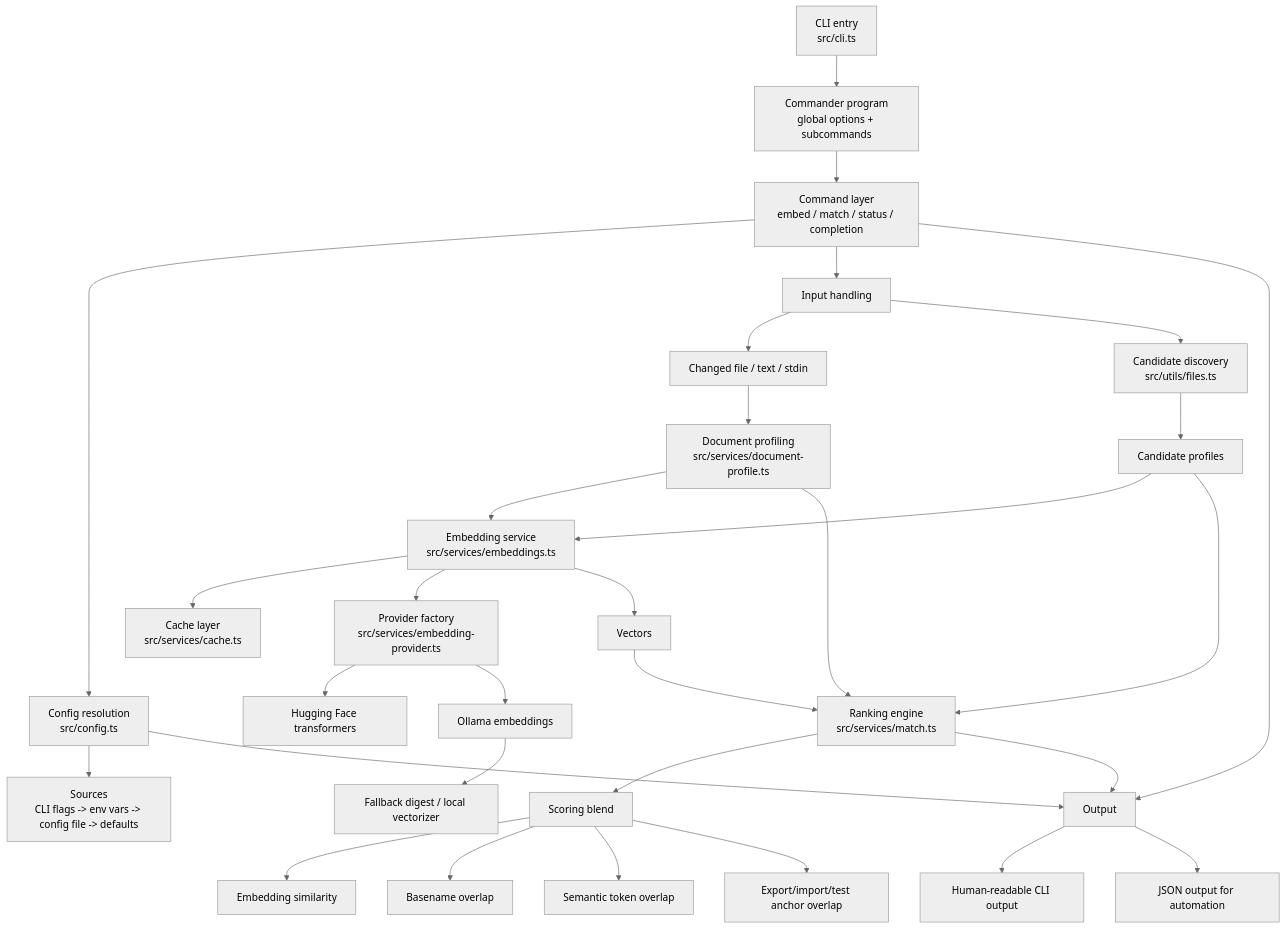
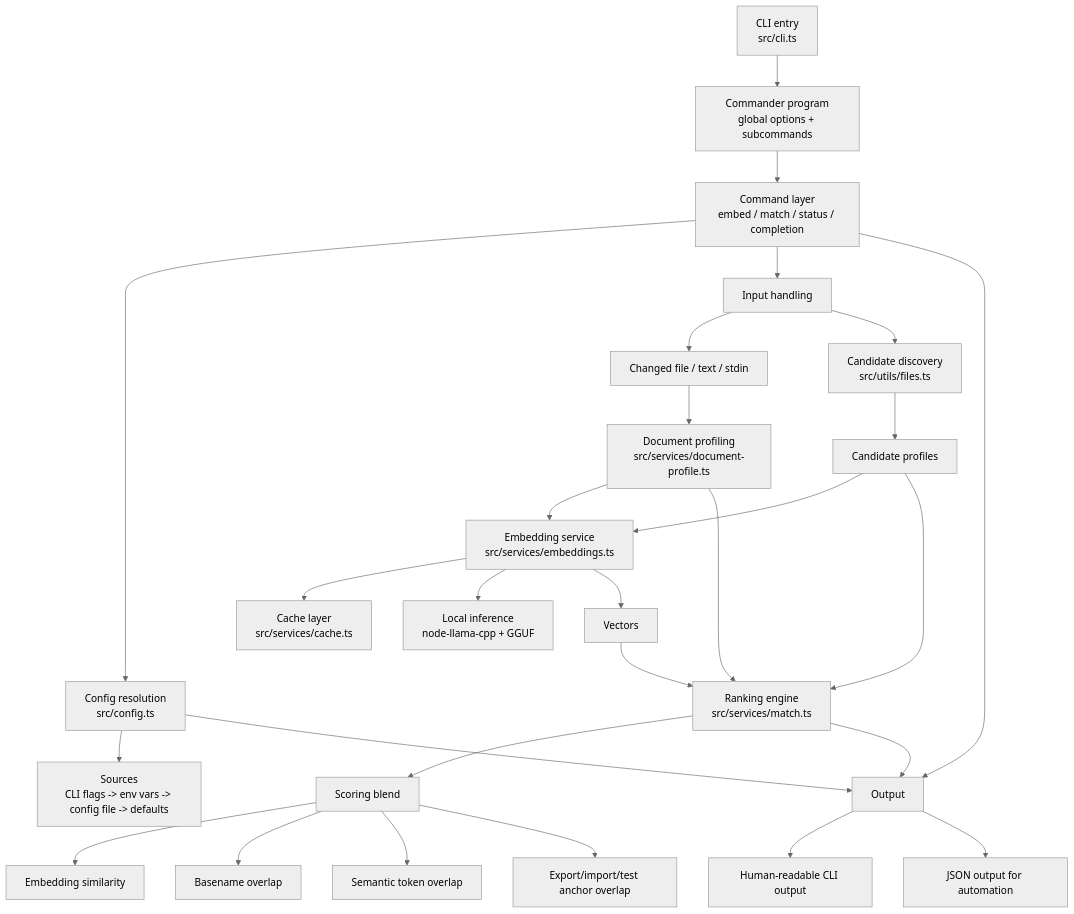
Before and after one commit to JustasMonkev/semantic-test-matcher: the diagram in README.md, drawn with Mermaid (neutral theme). The commit also changed other lines of this file and 18 other files, not shown here.

Commit message:
replace embeddings with node-llama-cpp

````diff
--- a/README.md
+++ b/README.md
@@ -24,41 +24,38 @@
 ```mermaid
 flowchart TD
     A["CLI entry<br/>src/cli.ts"] --> B["Commander program<br/>global options + subcommands"]
     B --> C["Command layer<br/>embed / match / status / completion"]
 
     C --> D["Config resolution<br/>src/config.ts"]
     D --> D1["Sources<br/>CLI flags -> env vars -> config file -> defaults"]
 
     C --> E["Input handling"]
     E --> E1["Changed file / text / stdin"]
     E --> E2["Candidate discovery<br/>src/utils/files.ts"]
 
     E1 --> F["Document profiling<br/>src/services/document-profile.ts"]
     E2 --> F2["Candidate profiles"]
 
     F --> G["Embedding service<br/>src/services/embeddings.ts"]
     F2 --> G
 
     G --> H["Cache layer<br/>src/services/cache.ts"]
-    G --> I["Provider factory<br/>src/services/embedding-provider.ts"]
-    I --> I1["Hugging Face transformers"]
-    I --> I2["Ollama embeddings"]
-    I2 --> I3["Fallback digest / local vectorizer"]
+    G --> I["Local inference<br/>node-llama-cpp + GGUF"]
 
     G --> J["Vectors"]
     J --> K["Ranking engine<br/>src/services/match.ts"]
     F --> K
     F2 --> K
 
     K --> L["Scoring blend"]
     L --> L1["Embedding similarity"]
     L --> L2["Basename overlap"]
     L --> L3["Semantic token overlap"]
     L --> L4["Export/import/test anchor overlap"]
 
     C --> M["Output"]
     K --> M
     D --> M
     M --> M1["Human-readable CLI output"]
     M --> M2["JSON output for automation"]
 ```
````
